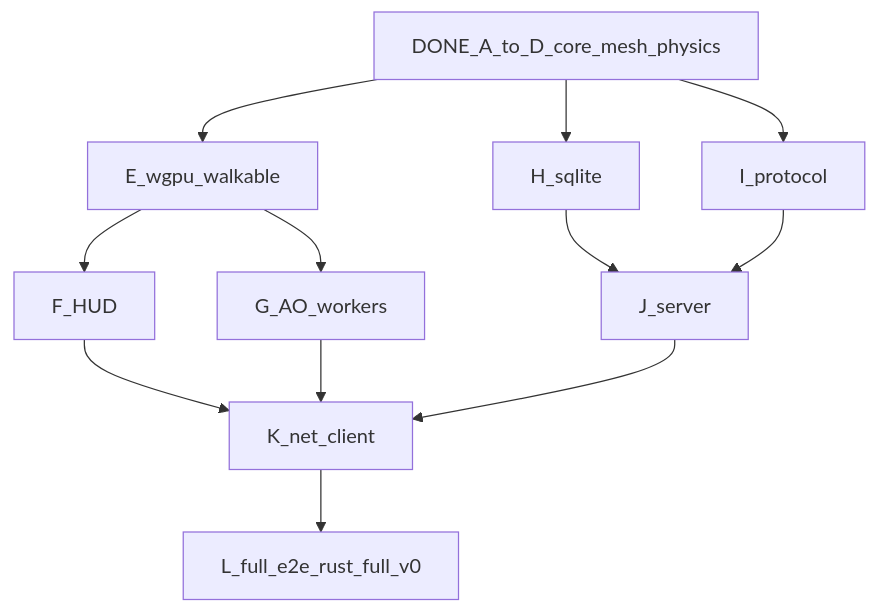
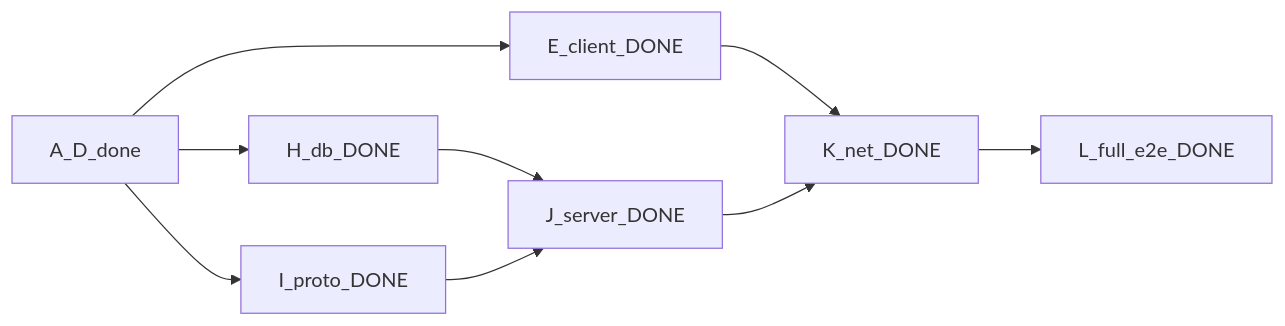
One commit to zozo123/Craft changed the diagram in rust/COST_TRACE.md. Above: the diagram before and after it, drawn with Mermaid. The commit also changed other lines of this file and 14 other files, not shown here.

First line of the commit message:
Ship rust-full-v0: Tokio server + net e2e (Waves J/K/L)

````diff
--- a/rust/COST_TRACE.md
+++ b/rust/COST_TRACE.md
@@ -28,15 +30,12 @@
 ```mermaid
-flowchart TB
-  done[DONE_A_to_D_core_mesh_physics]
-  done --> E[E_wgpu_walkable]
-  E --> F[F_HUD]
-  E --> G[G_AO_workers]
-  done --> H[H_sqlite]
-  done --> I[I_protocol]
-  H --> J[J_server]
+flowchart LR
+  done[A_D_done]
+  done --> E[E_client_DONE]
+  done --> H[H_db_DONE]
+  done --> I[I_proto_DONE]
+  H --> J[J_server_DONE]
   I --> J
-  F --> K[K_net_client]
-  G --> K
+  E --> K[K_net_DONE]
   J --> K
-  K --> L[L_full_e2e_rust_full_v0]
+  K --> L[L_full_e2e_DONE]
 ```
````
